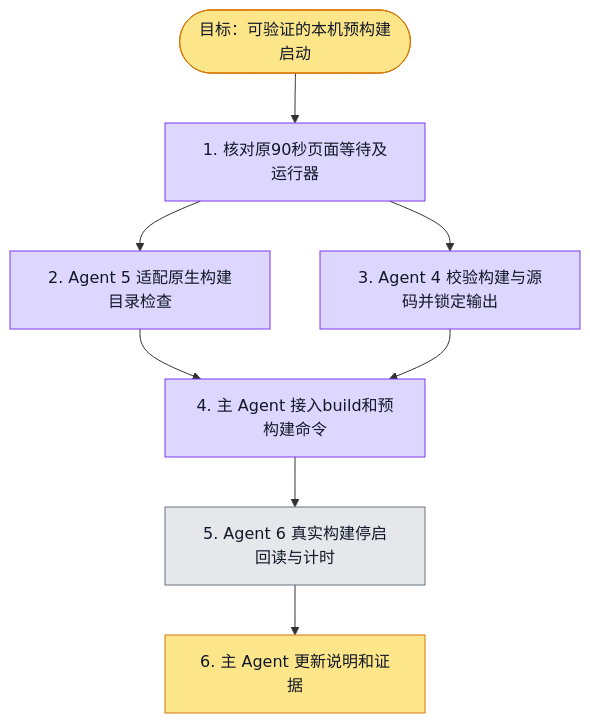
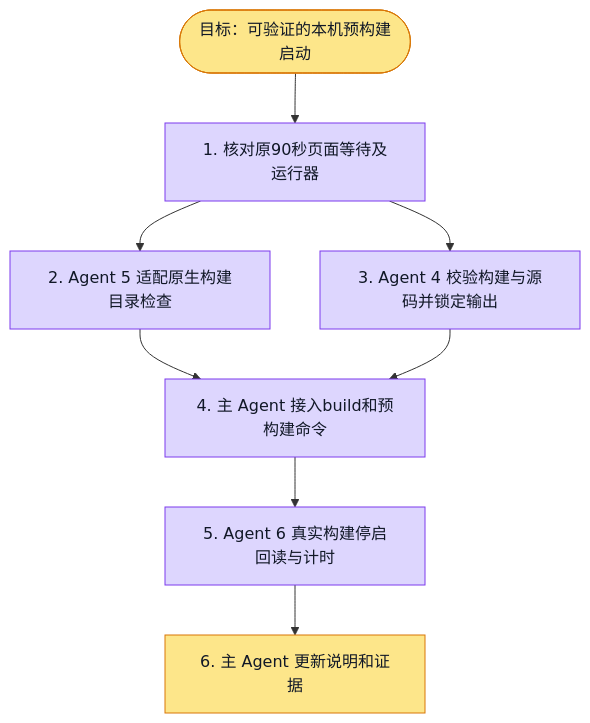
One commit to boardx/workspacex changed the diagram in docs/evidence/aidt-native/module-isolation/local-prebuilt/execution.plan.md. Above: the diagram before and after it, drawn with Mermaid. The commit also changed 112 other files, not shown here.

````diff
--- a/docs/evidence/aidt-native/module-isolation/local-prebuilt/execution.plan.md
+++ b/docs/evidence/aidt-native/module-isolation/local-prebuilt/execution.plan.md
@@ -5,28 +5,29 @@
 ```mermaid
 flowchart TD
   G([目标：可验证的本机预构建启动])
   S1[1. 核对原90秒页面等待及运行器]
   S2[2. Agent 5 适配原生构建目录检查]
   S3[3. Agent 4 校验构建与源码并锁定输出]
   S4[4. 主 Agent 接入build和预构建命令]
   S5[5. Agent 6 真实构建停启回读与计时]
   S6[6. 主 Agent 更新说明和证据]
   G --> S1 --> S2 --> S4 --> S5 --> S6
   S1 --> S3 --> S4
   classDef todo fill:#e5e7eb,stroke:#6b7280,color:#111827
   classDef doing fill:#fde68a,stroke:#d97706,color:#111827
   classDef done fill:#bbf7d0,stroke:#16a34a,color:#111827
   classDef tested fill:#ddd6fe,stroke:#7c3aed,color:#111827
   classDef blocked fill:#fecaca,stroke:#dc2626,color:#111827
   class G doing
   class S1 tested
   class S2 tested
   class S3 tested
   %% evidence S3: 28 artifact/source/ownership checks passed in 74 total, no Next process or real model used
   class S4 tested
   %% evidence S4: 10 mocked CLI lifecycle checks plus 15 actual IPC checks, typecheck and zero-egress passed; actual build still S5
-  class S5 todo
+  class S5 tested
+  %% evidence S5: actual build exit0 248.570s, PG bytes unchanged; independent verified artifact reuse two-cycle E2E 1/1 pass, workspace1.144s, stage/message precise readback, not a model test
   class S6 doing
   %% evidence S1: ../local-runtime/README.md records native source-mode workspace display at 85-90 seconds.
   %% evidence S2: /tmp/aidt-local-web-build-tests.log records 21 checks; typecheck passed.
 ```
````
